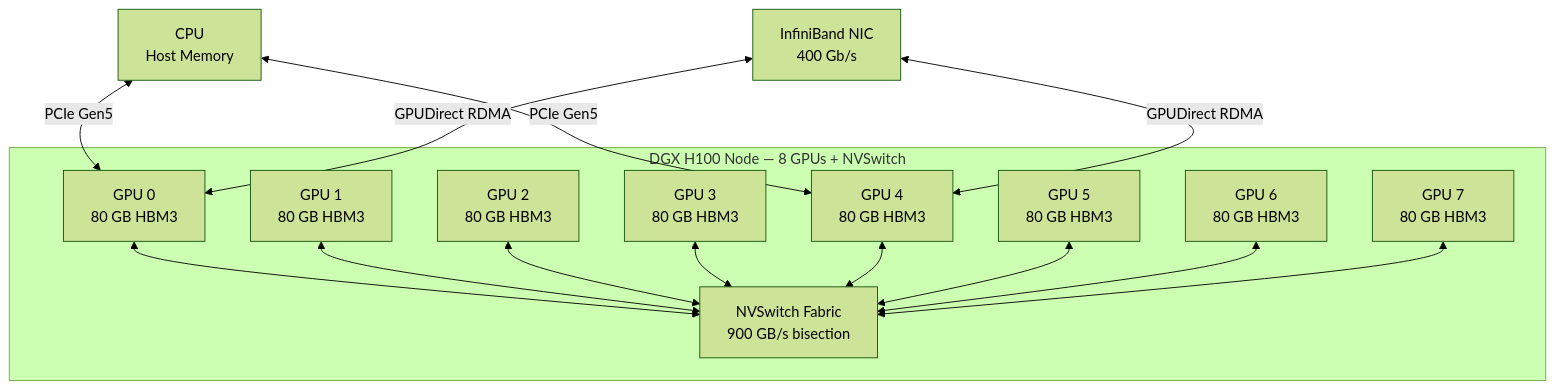
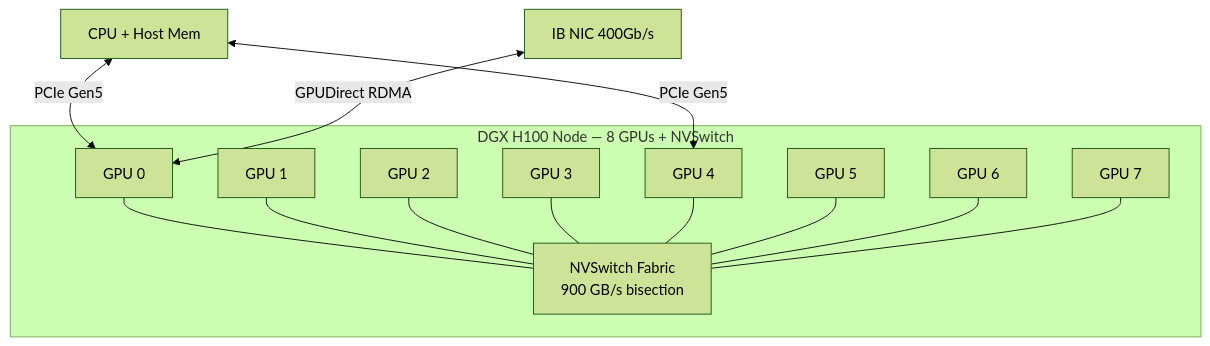
Before and after one commit to dkkh87/CPP-CUDA-Mastery: the first of 3 diagrams in Part-07-CUDA-Advanced/58_Multi_GPU.md, drawn with Mermaid (forest theme). The commit also changed other lines of this file, not shown here.

First line of the commit message:
Add Chapter 58: Multi-GPU Programming (CUDA Advanced)

````diff
--- a/Part-07-CUDA-Advanced/58_Multi_GPU.md
+++ b/Part-07-CUDA-Advanced/58_Multi_GPU.md
@@ -457,29 +457,17 @@
 ```mermaid
 graph TB
     subgraph "DGX H100 Node — 8 GPUs + NVSwitch"
         NVS1[NVSwitch Fabric<br/>900 GB/s bisection]
-
-        GPU0["GPU 0<br/>80 GB HBM3"]
-        GPU1["GPU 1<br/>80 GB HBM3"]
-        GPU2["GPU 2<br/>80 GB HBM3"]
-        GPU3["GPU 3<br/>80 GB HBM3"]
-        GPU4["GPU 4<br/>80 GB HBM3"]
-        GPU5["GPU 5<br/>80 GB HBM3"]
-        GPU6["GPU 6<br/>80 GB HBM3"]
-        GPU7["GPU 7<br/>80 GB HBM3"]
-
-        GPU0 <--> NVS1
-        GPU1 <--> NVS1
-        GPU2 <--> NVS1
-        GPU3 <--> NVS1
-        GPU4 <--> NVS1
-        GPU5 <--> NVS1
-        GPU6 <--> NVS1
-        GPU7 <--> NVS1
+        GPU0["GPU 0"] --- NVS1
+        GPU1["GPU 1"] --- NVS1
+        GPU2["GPU 2"] --- NVS1
+        GPU3["GPU 3"] --- NVS1
+        GPU4["GPU 4"] --- NVS1
+        GPU5["GPU 5"] --- NVS1
+        GPU6["GPU 6"] --- NVS1
+        GPU7["GPU 7"] --- NVS1
     end
-
-    CPU["CPU<br/>Host Memory"] <-->|"PCIe Gen5"| GPU0
+    CPU["CPU + Host Mem"] <-->|"PCIe Gen5"| GPU0
     CPU <-->|"PCIe Gen5"| GPU4
-    NIC["InfiniBand NIC<br/>400 Gb/s"] <-->|"GPUDirect RDMA"| GPU0
-    NIC <-->|"GPUDirect RDMA"| GPU4
+    NIC["IB NIC 400Gb/s"] <-->|"GPUDirect RDMA"| GPU0
 ```
````
